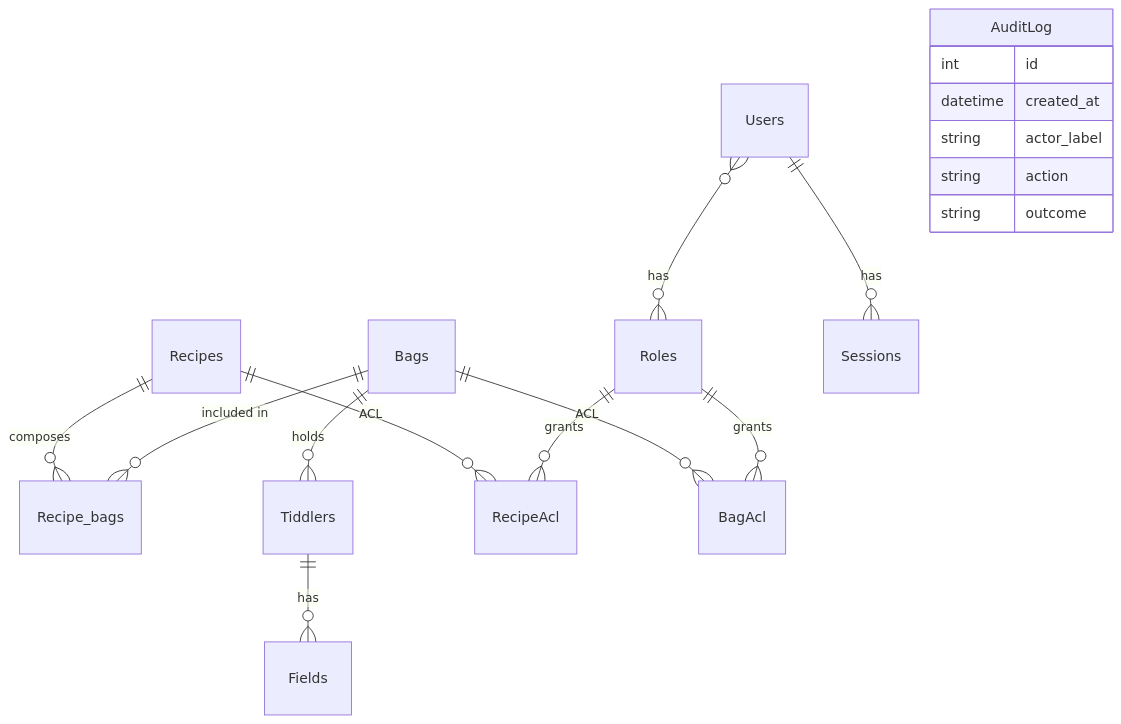
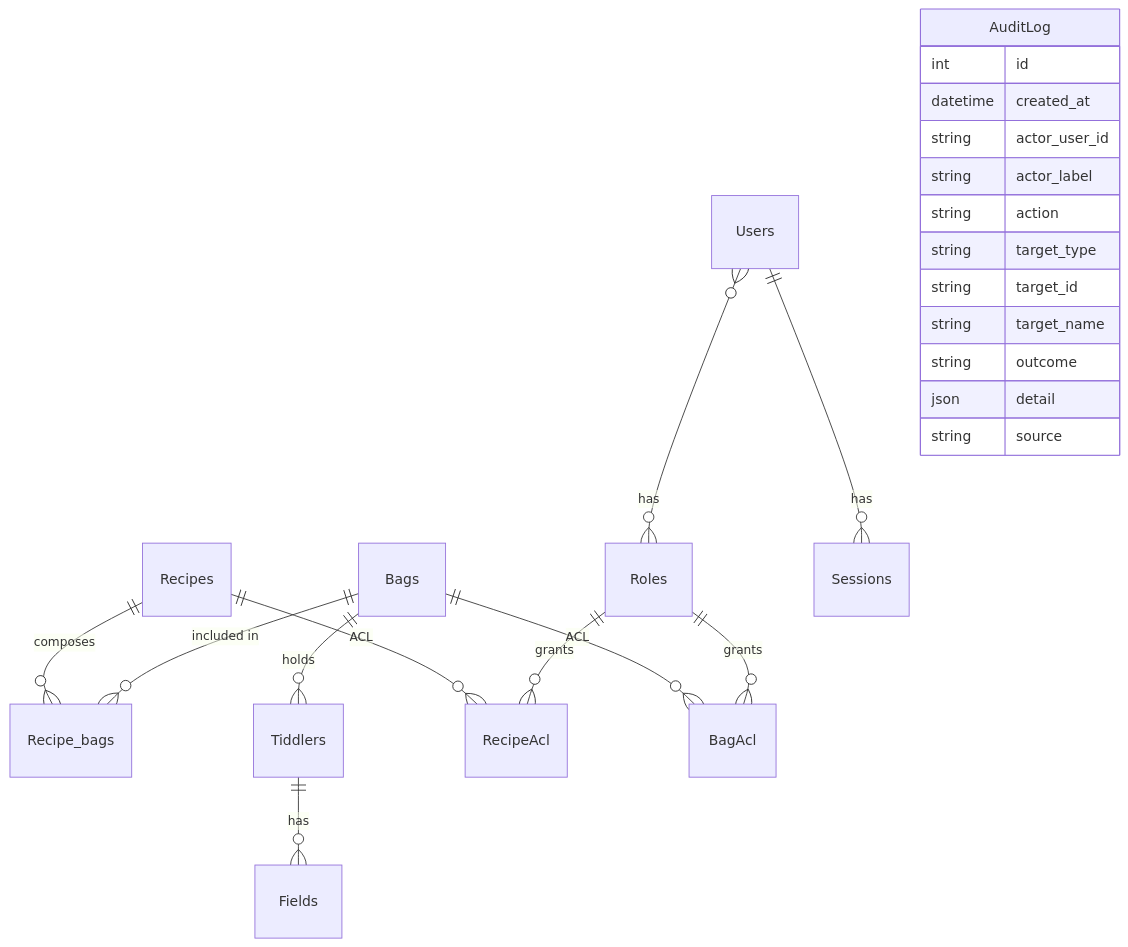
Before and after one commit to dxcSithLord/MultiWikiServer: the fourth of 4 diagrams in ARCHITECTURE.md, drawn with Mermaid.

Commit message:
docs: complete AuditLog ERD with all 11 columns
CodeRabbit (PR #34): the AuditLog block in the ARCHITECTURE.md ERD listed only
5 of the table's 11 columns. Add the missing actor_user_id, target_type,
target_id, target_name, detail, and source to match the migration
(prisma/migrations/20260616120000_audit_log/migration.sql).

````diff
--- a/ARCHITECTURE.md
+++ b/ARCHITECTURE.md
@@ -183,20 +183,26 @@
 ```mermaid
 erDiagram
   Recipes ||--o{ Recipe_bags : composes
   Bags    ||--o{ Recipe_bags : "included in"
   Bags    ||--o{ Tiddlers : holds
   Tiddlers ||--o{ Fields : has
   Recipes ||--o{ RecipeAcl : "ACL"
   Bags    ||--o{ BagAcl : "ACL"
   Users   }o--o{ Roles : "has"
   Users   ||--o{ Sessions : "has"
   Roles   ||--o{ RecipeAcl : "grants"
   Roles   ||--o{ BagAcl : "grants"
   AuditLog {
     int id
     datetime created_at
+    string actor_user_id
     string actor_label
     string action
+    string target_type
+    string target_id
+    string target_name
     string outcome
+    json detail
+    string source
   }
 ```
````
